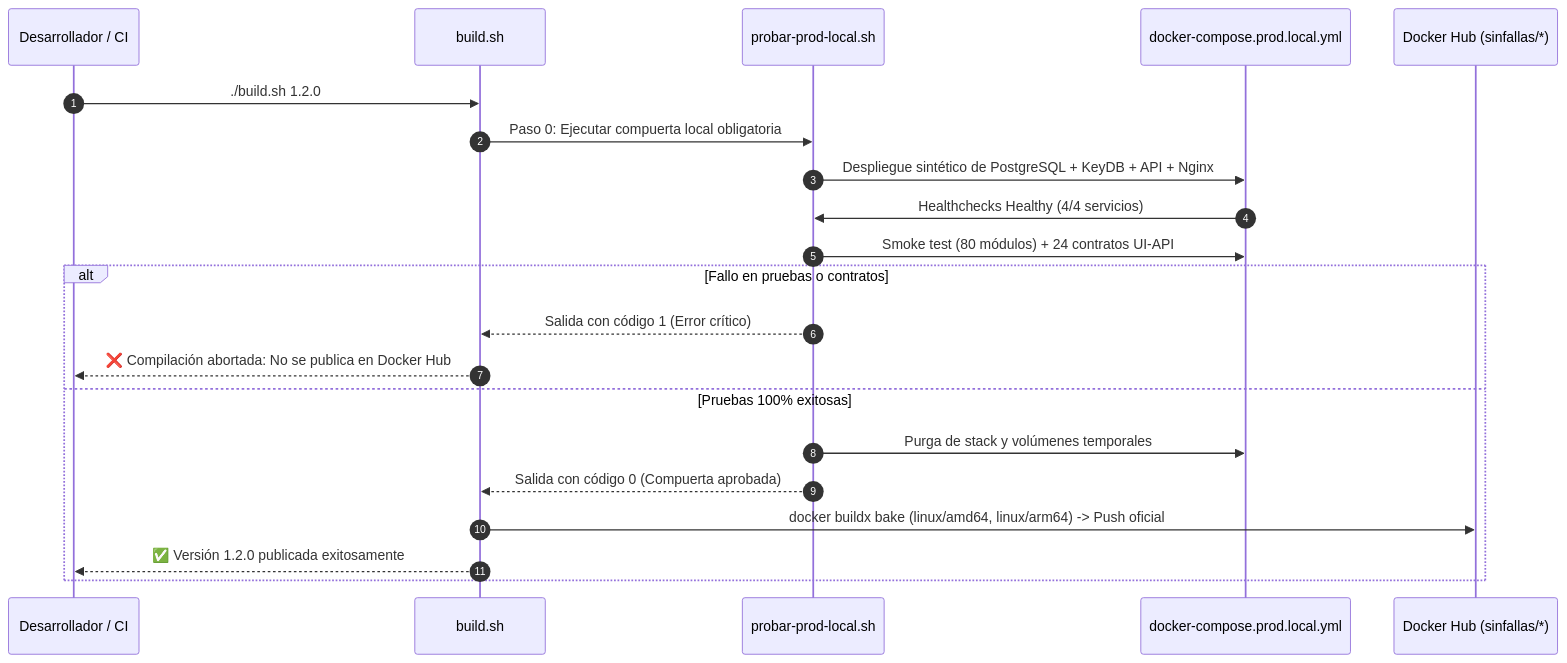
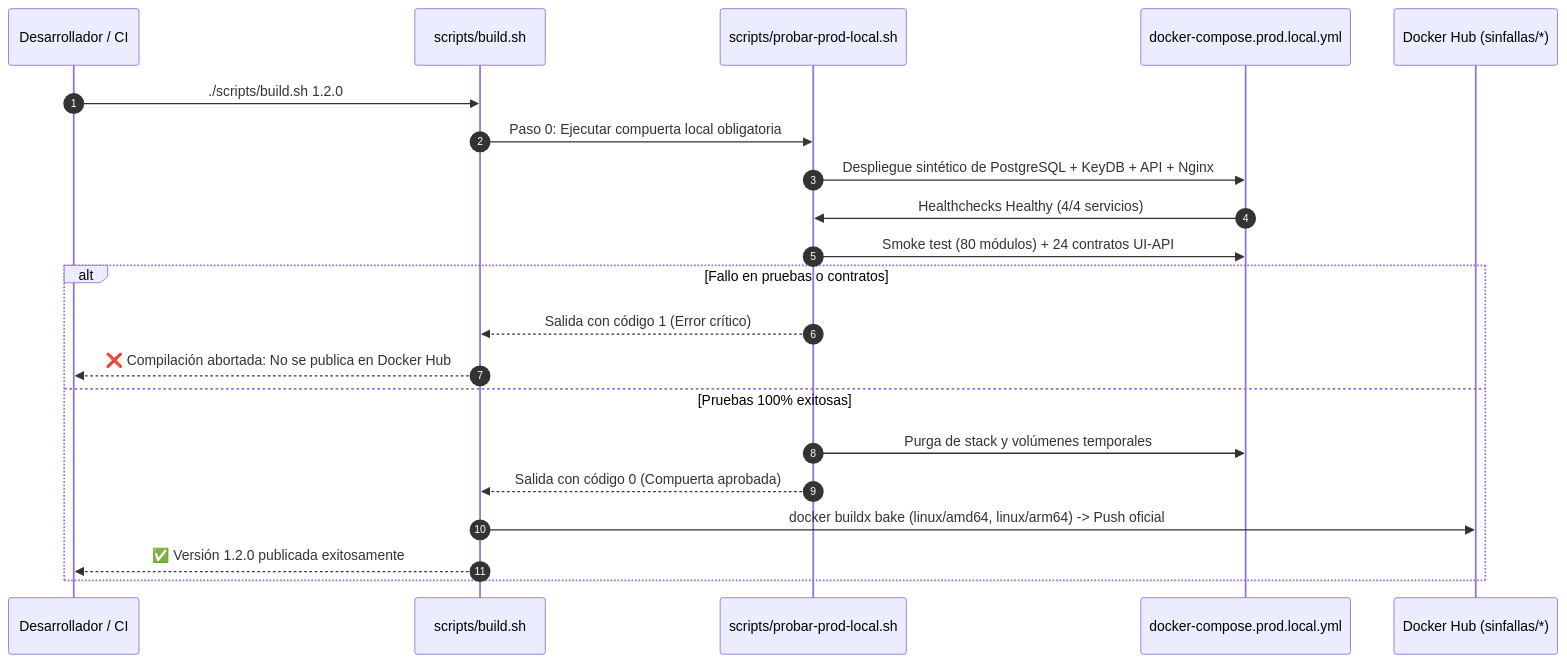
The second of 2 diagrams in docs/08_PIPELINE_VALIDACION_LOCAL_PRODUCCION.md (tecno-consultores/RoSGrid), drawn with Mermaid before and after one commit. The commit also changed other lines of this file and 38 other files, not shown here.

````diff
--- a/docs/08_PIPELINE_VALIDACION_LOCAL_PRODUCCION.md
+++ b/docs/08_PIPELINE_VALIDACION_LOCAL_PRODUCCION.md
@@ -124,24 +124,24 @@
 ```mermaid
 sequenceDiagram
     autonumber
     participant Dev as Desarrollador / CI
-    participant Build as build.sh
-    participant Pipeline as probar-prod-local.sh
+    participant Build as scripts/build.sh
+    participant Pipeline as scripts/probar-prod-local.sh
     participant Stack as docker-compose.prod.local.yml
     participant Hub as Docker Hub (sinfallas/*)
 
-    Dev->>Build: ./build.sh 1.2.0
+    Dev->>Build: ./scripts/build.sh 1.2.0
     Build->>Pipeline: Paso 0: Ejecutar compuerta local obligatoria
     Pipeline->>Stack: Despliegue sintético de PostgreSQL + KeyDB + API + Nginx
     Stack->>Pipeline: Healthchecks Healthy (4/4 servicios)
     Pipeline->>Stack: Smoke test (80 módulos) + 24 contratos UI-API
     alt Fallo en pruebas o contratos
         Pipeline-->>Build: Salida con código 1 (Error crítico)
         Build-->>Dev: ❌ Compilación abortada: No se publica en Docker Hub
     else Pruebas 100% exitosas
         Pipeline->>Stack: Purga de stack y volúmenes temporales
         Pipeline-->>Build: Salida con código 0 (Compuerta aprobada)
         Build->>Hub: docker buildx bake (linux/amd64, linux/arm64) -> Push oficial
         Build-->>Dev: ✅ Versión 1.2.0 publicada exitosamente
     end
 ```
````
